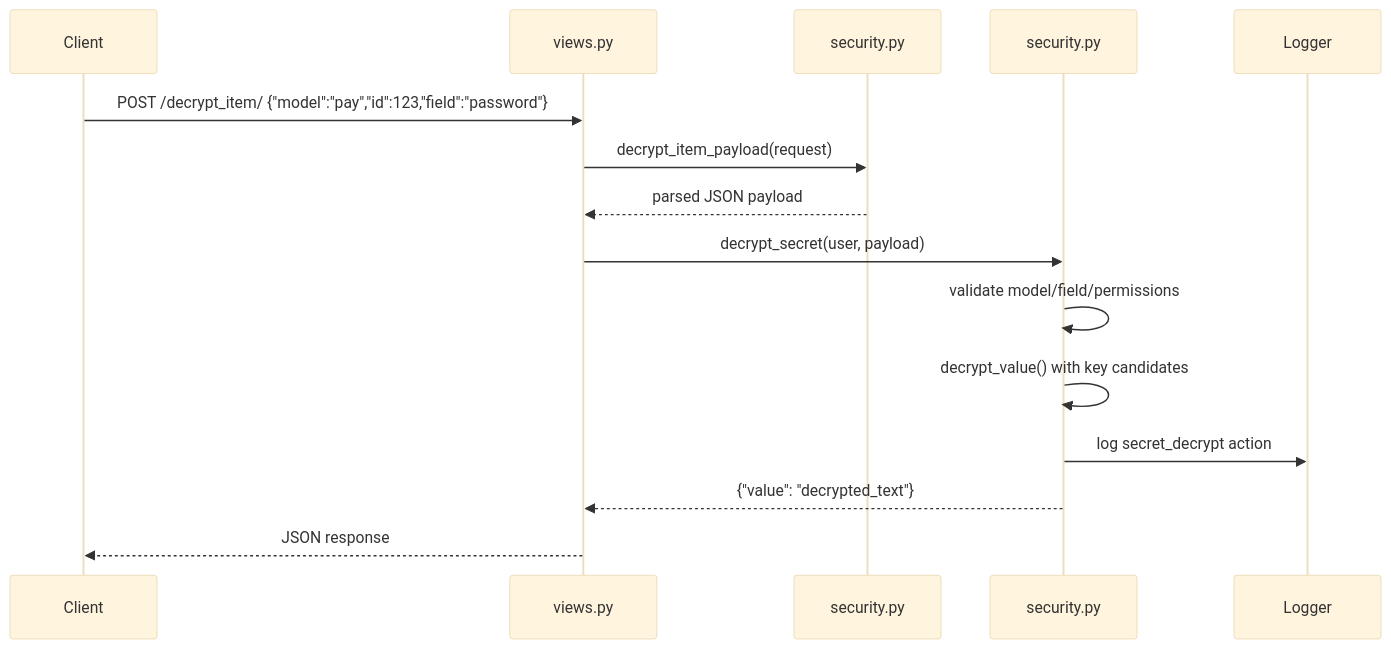
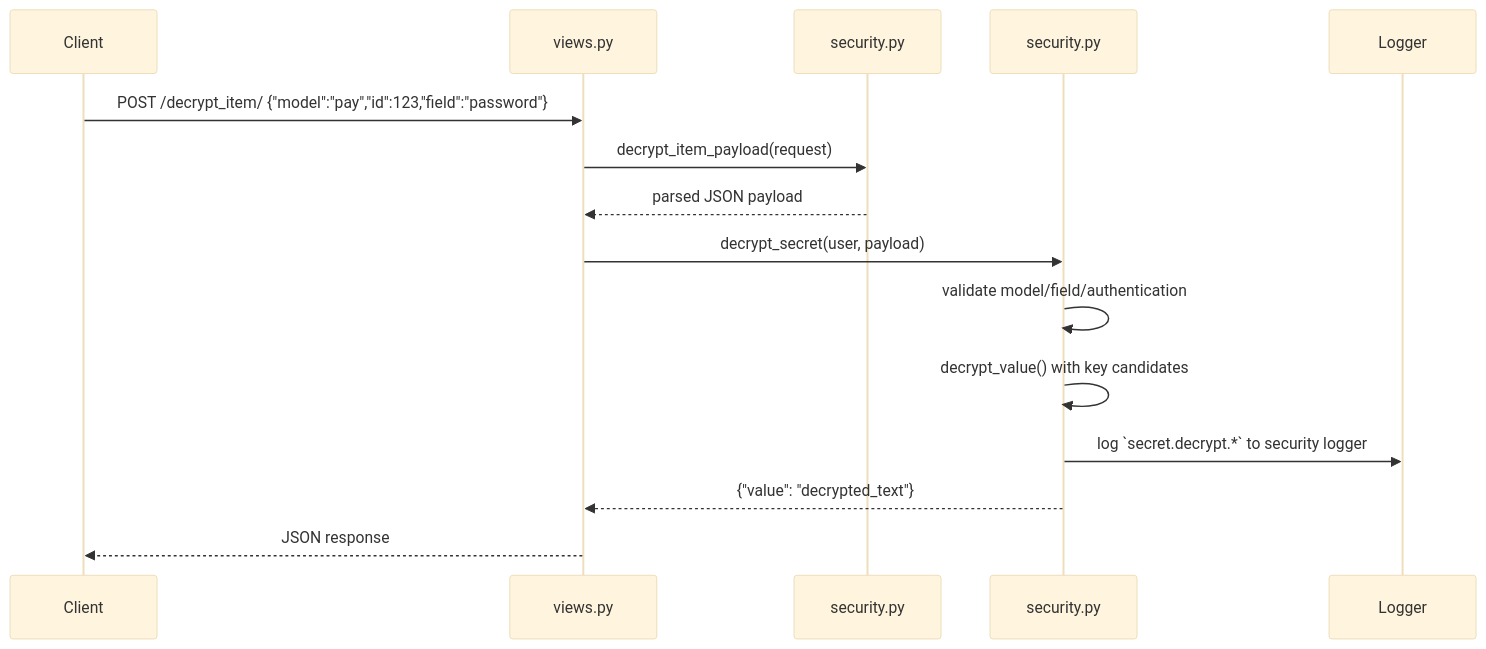
Before and after one commit to Ramos-04RM/pay_app: the fourth of 5 diagrams in documentation/03-architecture-and-data-flow.md, drawn with Mermaid (base theme). The commit also changed other lines of this file and 21 other files, not shown here.

````diff
--- a/documentation/03-architecture-and-data-flow.md
+++ b/documentation/03-architecture-and-data-flow.md
@@ -77,18 +77,18 @@
 ```mermaid
 sequenceDiagram
     participant C as Client
     participant V as views.py
     participant SS as security.py
     participant SEC as security.py
     participant L as Logger
     
     C->>V: POST /decrypt_item/ {"model":"pay","id":123,"field":"password"}
     V->>SS: decrypt_item_payload(request)
     SS-->>V: parsed JSON payload
     V->>SEC: decrypt_secret(user, payload)
-    SEC->>SEC: validate model/field/permissions
+    SEC->>SEC: validate model/field/authentication
     SEC->>SEC: decrypt_value() with key candidates
-    SEC->>L: log secret_decrypt action
+    SEC->>L: log `secret.decrypt.*` to security logger
     SEC-->>V: {"value": "decrypted_text"}
     V-->>C: JSON response
 ```
````
